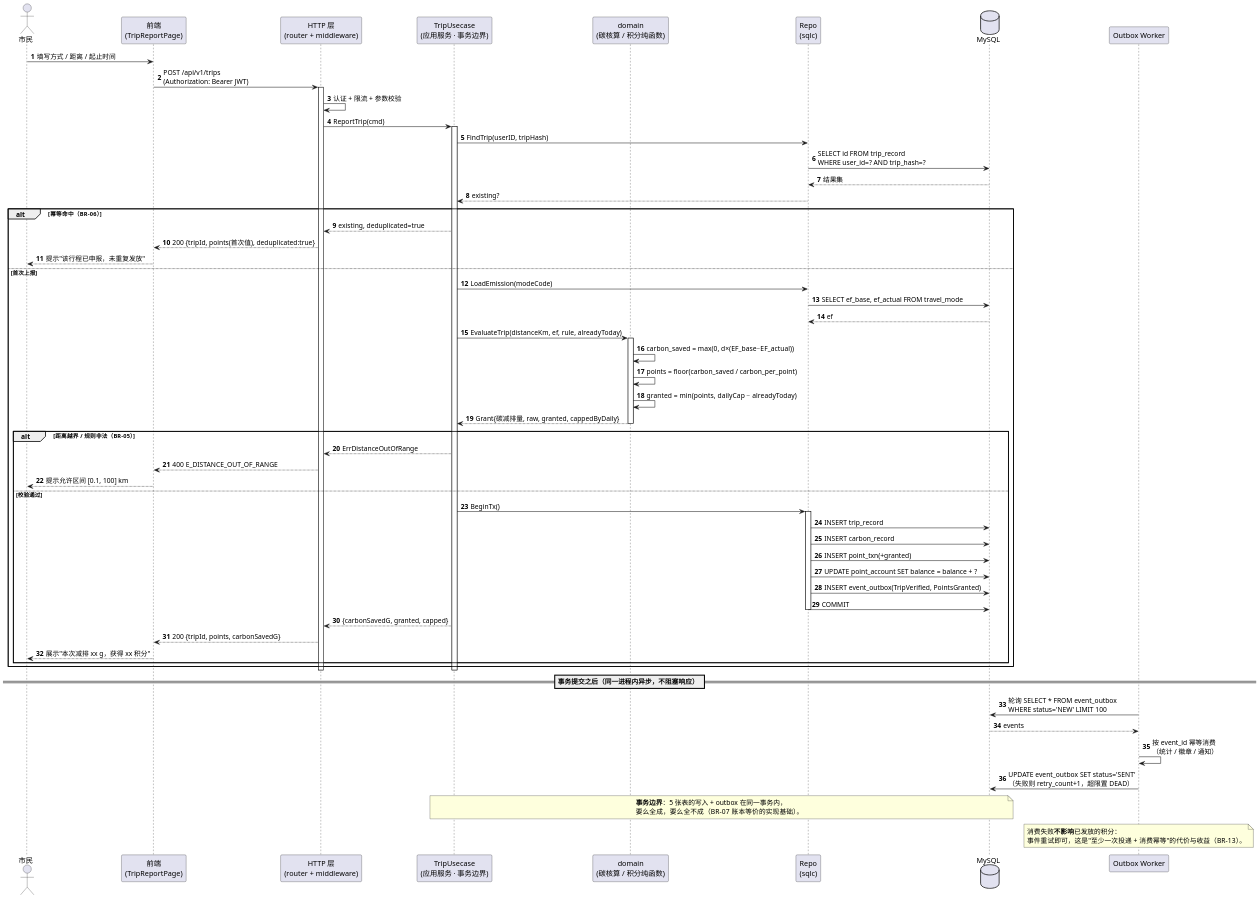
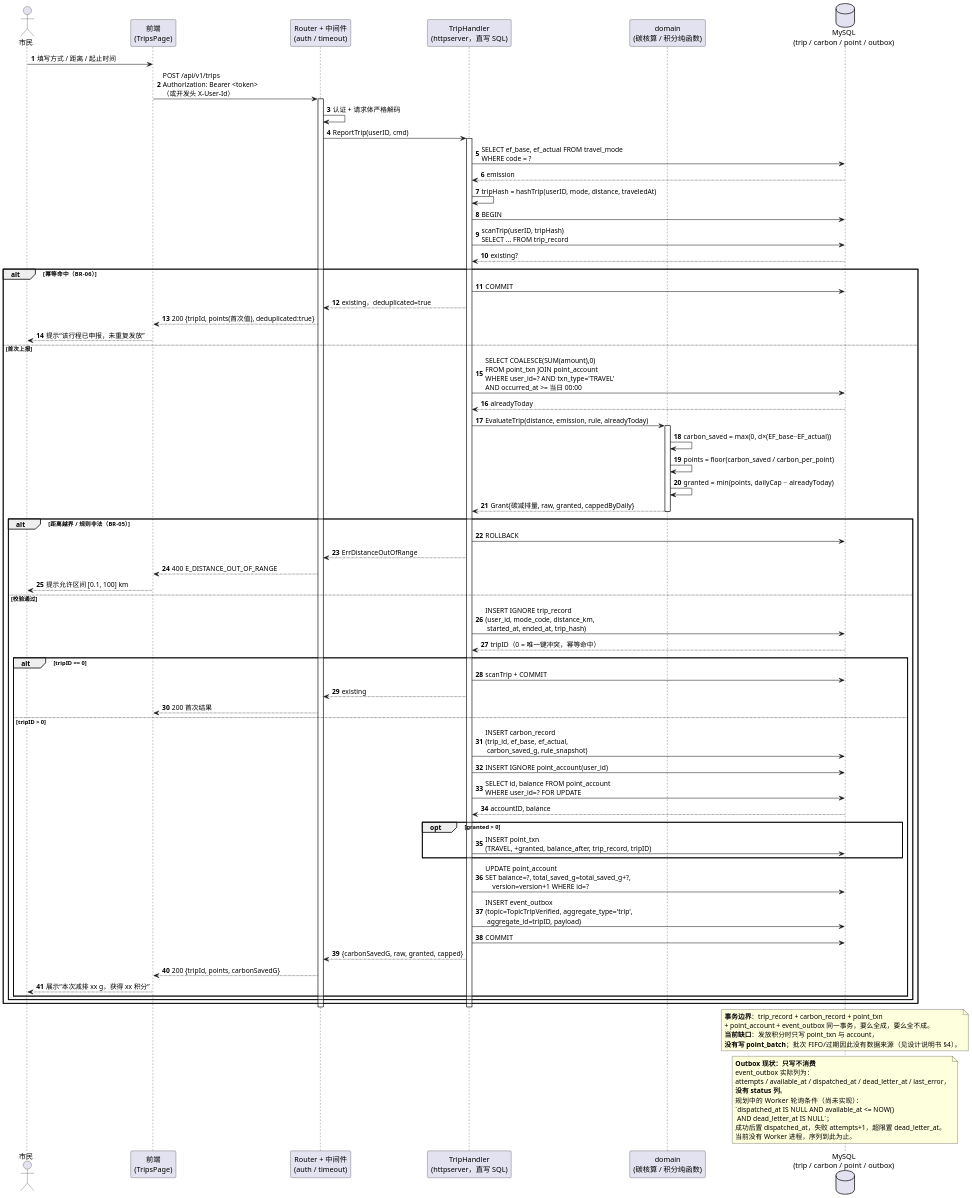
The diagram in docs/uml/09-序列图-行程上报.puml (chiyan11/green-travel-points), drawn with PlantUML before and after one commit. The commit also changed 19 other files, not shown here.

Commit message:
docs(docs): 补齐 P1 设计规格、实验报告与 UML 交付

```diff
--- a/docs/uml/09-序列图-行程上报.puml
+++ b/docs/uml/09-序列图-行程上报.puml
@@ -1,86 +1,98 @@
 @startuml 图2-6 序列图：上报出行行程（UC-02 用例实现）
-' 依据：需求规格说明书 §2.3.2 UC-02 事件流；对应代码 internal/usecase/trip.go
-' 重点表达：事务边界（activate/deactivate）、幂等命中分支、Outbox 异步
+' 依据：需求规格说明书 §2.3.2 UC-02；实际代码 apps/api/internal/httpserver/trips.go（2026-11-24）
+' 事实：没有 internal/usecase；TripHandler 直接持有 *sql.DB；Token 为自签 HMAC，不是标准 JWT
 
 skinparam defaultFontName "Microsoft YaHei"
 skinparam dpi 150
 skinparam shadowing false
 autonumber
 
 actor "市民" as U
-participant "前端\n(TripReportPage)" as FE
-participant "HTTP 层\n(router + middleware)" as API
-participant "TripUsecase\n(应用服务 · 事务边界)" as UC
+participant "前端\n(TripsPage)" as FE
+participant "Router + 中间件\n(auth / timeout)" as API
+participant "TripHandler\n(httpserver，直写 SQL)" as H
 participant "domain\n(碳核算 / 积分纯函数)" as D
-participant "Repo\n(sqlc)" as R
-database "MySQL" as DB
-participant "Outbox Worker" as W
+database "MySQL\n(trip / carbon / point / outbox)" as DB
 
 U -> FE : 填写方式 / 距离 / 起止时间
-FE -> API : POST /api/v1/trips\n(Authorization: Bearer JWT)
+FE -> API : POST /api/v1/trips\nAuthorization: Bearer <token>\n（或开发头 X-User-Id）
 activate API
-API -> API : 认证 + 限流 + 参数校验
-API -> UC : ReportTrip(cmd)
-activate UC
+API -> API : 认证 + 请求体严格解码
+API -> H : ReportTrip(userID, cmd)
+activate H
 
-UC -> R : FindTrip(userID, tripHash)
-R -> DB : SELECT id FROM trip_record\nWHERE user_id=? AND trip_hash=?
-DB --> R : 结果集
-R --> UC : existing?
+H -> DB : SELECT ef_base, ef_actual FROM travel_mode\nWHERE code = ?
+DB --> H : emission
+H -> H : tripHash = hashTrip(userID, mode, distance, traveledAt)
+H -> DB : BEGIN
+H -> DB : scanTrip(userID, tripHash)\nSELECT ... FROM trip_record
+DB --> H : existing?
 
 alt 幂等命中（BR-06）
-  UC --> API : existing, deduplicated=true
+  H -> DB : COMMIT
+  H --> API : existing，deduplicated=true
   API --> FE : 200 {tripId, points(首次值), deduplicated:true}
-  FE --> U : 提示"该行程已申报，未重复发放"
+  FE --> U : 提示“该行程已申报，未重复发放”
 else 首次上报
-  UC -> R : LoadEmission(modeCode)
-  R -> DB : SELECT ef_base, ef_actual FROM travel_mode
-  DB --> R : ef
-  UC -> D : EvaluateTrip(distanceKm, ef, rule, alreadyToday)
+  H -> DB : SELECT COALESCE(SUM(amount),0)\nFROM point_txn JOIN point_account\nWHERE user_id=? AND txn_type='TRAVEL'\nAND occurred_at >= 当日 00:00
+  DB --> H : alreadyToday
+  H -> D : EvaluateTrip(distance, emission, rule, alreadyToday)
   activate D
   D -> D : carbon_saved = max(0, d×(EF_base−EF_actual))
   D -> D : points = floor(carbon_saved / carbon_per_point)
   D -> D : granted = min(points, dailyCap − alreadyToday)
-  D --> UC : Grant{碳减排量, raw, granted, cappedByDaily}
+  D --> H : Grant{碳减排量, raw, granted, cappedByDaily}
   deactivate D
 
   alt 距离越界 / 规则非法（BR-05）
-    UC --> API : ErrDistanceOutOfRange
+    H -> DB : ROLLBACK
+    H --> API : ErrDistanceOutOfRange
     API --> FE : 400 E_DISTANCE_OUT_OF_RANGE
     FE --> U : 提示允许区间 [0.1, 100] km
   else 校验通过
-    UC -> R : BeginTx()
-    activate R
-    R -> DB : INSERT trip_record
-    R -> DB : INSERT carbon_record
-    R -> DB : INSERT point_txn(+granted)
-    R -> DB : UPDATE point_account SET balance = balance + ?
-    R -> DB : INSERT event_outbox(TripVerified, PointsGranted)
-    R -> DB : COMMIT
-    deactivate R
-    UC --> API : {carbonSavedG, granted, capped}
-    API --> FE : 200 {tripId, points, carbonSavedG}
-    FE --> U : 展示"本次减排 xx g，获得 xx 积分"
+    H -> DB : INSERT IGNORE trip_record\n(user_id, mode_code, distance_km,\n started_at, ended_at, trip_hash)
+    DB --> H : tripID（0 = 唯一键冲突，幂等命中）
+    alt tripID == 0
+      H -> DB : scanTrip + COMMIT
+      H --> API : existing
+      API --> FE : 200 首次结果
+    else tripID > 0
+      H -> DB : INSERT carbon_record\n(trip_id, ef_base, ef_actual,\n carbon_saved_g, rule_snapshot)
+      H -> DB : INSERT IGNORE point_account(user_id)
+      H -> DB : SELECT id, balance FROM point_account\nWHERE user_id=? FOR UPDATE
+      DB --> H : accountID, balance
+      opt granted > 0
+        H -> DB : INSERT point_txn\n(TRAVEL, +granted, balance_after, trip_record, tripID)
+      end
+      H -> DB : UPDATE point_account\nSET balance=?, total_saved_g=total_saved_g+?,\n    version=version+1 WHERE id=?
+      H -> DB : INSERT event_outbox\n(topic=TopicTripVerified, aggregate_type='trip',\n aggregate_id=tripID, payload)
+      H -> DB : COMMIT
+      H --> API : {carbonSavedG, raw, granted, capped}
+      API --> FE : 200 {tripId, points, carbonSavedG}
+      FE --> U : 展示“本次减排 xx g，获得 xx 积分”
+    end
   end
 end
-deactivate UC
+deactivate H
 deactivate API
 
-== 事务提交之后（同一进程内异步，不阻塞响应） ==
-
-W -> DB : 轮询 SELECT * FROM event_outbox\nWHERE status='NEW' LIMIT 100
-DB --> W : events
-W -> W : 按 event_id 幂等消费\n（统计 / 徽章 / 通知）
-W -> DB : UPDATE event_outbox SET status='SENT'\n（失败则 retry_count+1，超限置 DEAD）
-
-note over UC, DB
-  **事务边界**：5 张表的写入 + outbox 在同一事务内，
-  要么全成，要么全不成（BR-07 账本等价的实现基础）。
+note over DB
+  **事务边界**：trip_record + carbon_record + point_txn
+  + point_account + event_outbox 同一事务，要么全成，要么全不成。
+  **当前缺口**：发放积分时只写 point_txn 与 account，
+  **没有写 point_batch**；批次 FIFO/过期因此没有数据来源（见设计说明书 §4）。
 end note
 
-note over W
-  消费失败**不影响**已发放的积分：
-  事件重试即可，这是"至少一次投递 + 消费幂等"的代价与收益（BR-13）。
+note over DB
+  **Outbox 现状：只写不消费**
+  event_outbox 实际列为：
+  attempts / available_at / dispatched_at / dead_letter_at / last_error，
+  **没有 status 列**。
+  规划中的 Worker 轮询条件（尚未实现）：
+  `dispatched_at IS NULL AND available_at <= NOW()
+   AND dead_letter_at IS NULL`；
+  成功后置 dispatched_at，失败 attempts+1，超限置 dead_letter_at。
+  当前没有 Worker 进程，序列到此为止。
 end note
 
 @enduml
```
